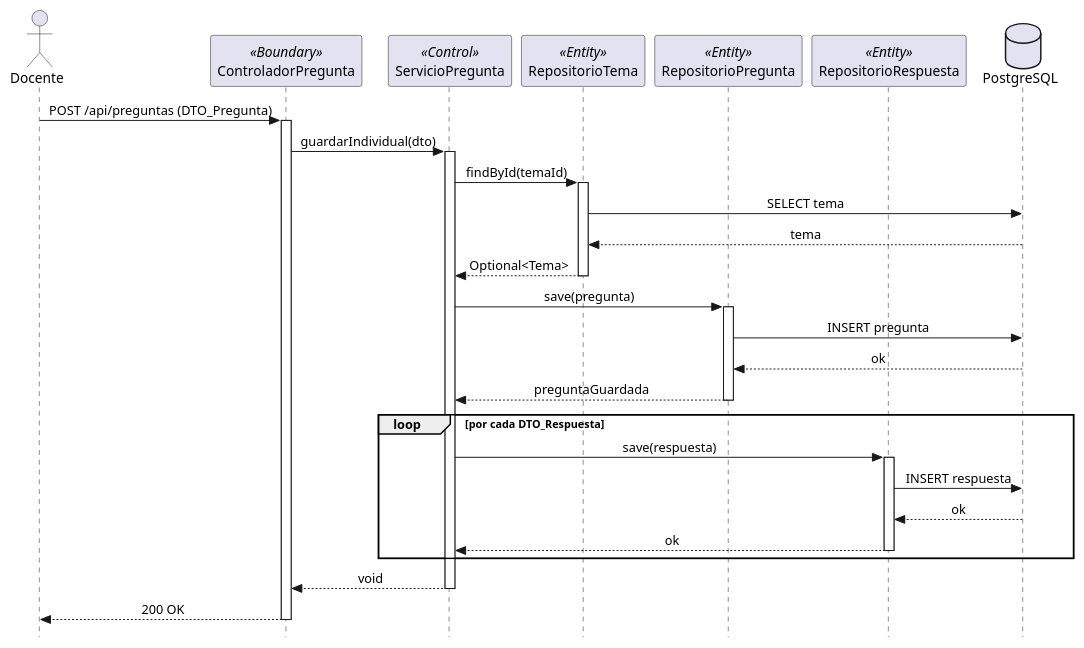
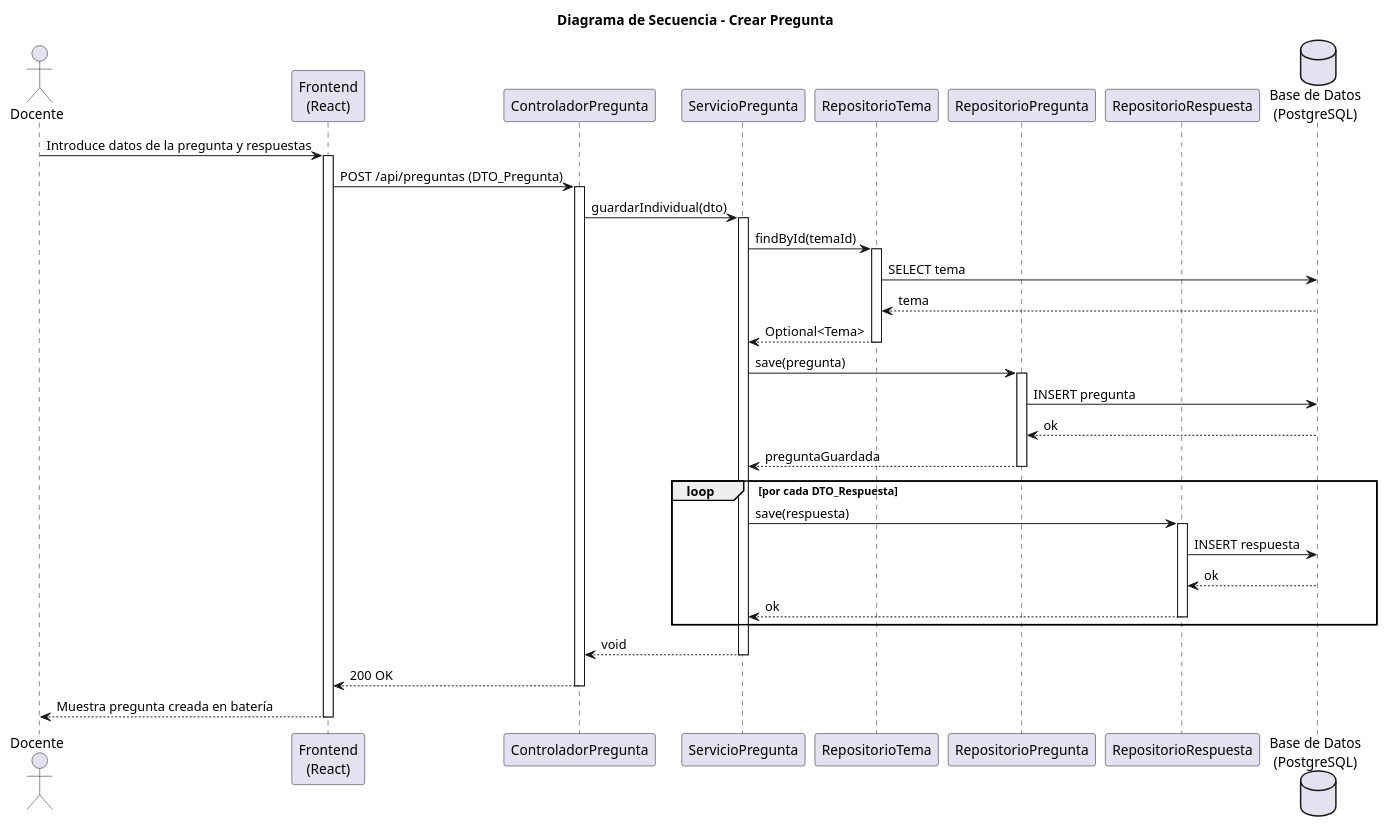
The diagram in RUP/02-diseno/casos-uso/CU-10-crearPregunta/diseno-secuencia-CU-10-crearPregunta.puml (liamanderson873/25-26-idsw2-sdVC), drawn with PlantUML before and after one commit. The commit also changed 133 other files, not shown here.

First line of the commit message:
RUP: completar diagramas de análisis y diseño para los 41 casos de uso

```diff
--- a/RUP/02-diseno/casos-uso/CU-10-crearPregunta/diseno-secuencia-CU-10-crearPregunta.puml
+++ b/RUP/02-diseno/casos-uso/CU-10-crearPregunta/diseno-secuencia-CU-10-crearPregunta.puml
@@ -1,48 +1,54 @@
 @startuml secuencia-cu10-crear-pregunta
-skinparam style strictuml
-skinparam sequenceMessageAlign center
+title Diagrama de Secuencia - Crear Pregunta
 
-actor Docente
-participant "ControladorPregunta" as Boundary <<Boundary>>
-participant "ServicioPregunta" as Control <<Control>>
-participant "RepositorioTema" as RepoTema <<Entity>>
-participant "RepositorioPregunta" as RepoPregunta <<Entity>>
-participant "RepositorioRespuesta" as RepoRespuesta <<Entity>>
-database "PostgreSQL" as DB
+actor "Docente" as Actor
+participant "Frontend\n(React)" as FE
+participant "ControladorPregunta" as Controller
+participant "ServicioPregunta" as Service
+participant "RepositorioTema" as RepoTema
+participant "RepositorioPregunta" as RepoPreg
+participant "RepositorioRespuesta" as RepoResp
+database "Base de Datos\n(PostgreSQL)" as DB
 
-Docente -> Boundary : POST /api/preguntas (DTO_Pregunta)
-activate Boundary
+Actor -> FE : Introduce datos de la pregunta y respuestas
+activate FE
 
-Boundary -> Control : guardarIndividual(dto)
-activate Control
+FE -> Controller : POST /api/preguntas (DTO_Pregunta)
+activate Controller
 
-Control -> RepoTema : findById(temaId)
+Controller -> Service : guardarIndividual(dto)
+activate Service
+
+Service -> RepoTema : findById(temaId)
 activate RepoTema
 RepoTema -> DB : SELECT tema
 DB --> RepoTema : tema
-RepoTema --> Control : Optional<Tema>
+RepoTema --> Service : Optional<Tema>
 deactivate RepoTema
 
-Control -> RepoPregunta : save(pregunta)
-activate RepoPregunta
-RepoPregunta -> DB : INSERT pregunta
-DB --> RepoPregunta : ok
-RepoPregunta --> Control : preguntaGuardada
-deactivate RepoPregunta
+Service -> RepoPreg : save(pregunta)
+activate RepoPreg
+RepoPreg -> DB : INSERT pregunta
+DB --> RepoPreg : ok
+RepoPreg --> Service : preguntaGuardada
+deactivate RepoPreg
 
 loop por cada DTO_Respuesta
-    Control -> RepoRespuesta : save(respuesta)
-    activate RepoRespuesta
-    RepoRespuesta -> DB : INSERT respuesta
-    DB --> RepoRespuesta : ok
-    RepoRespuesta --> Control : ok
-    deactivate RepoRespuesta
+    Service -> RepoResp : save(respuesta)
+    activate RepoResp
+    RepoResp -> DB : INSERT respuesta
+    DB --> RepoResp : ok
+    RepoResp --> Service : ok
+    deactivate RepoResp
 end
 
-Control --> Boundary : void
-deactivate Control
+Service --> Controller : void
+deactivate Service
 
-Boundary --> Docente : 200 OK
-deactivate Boundary
+Controller --> FE : 200 OK
+deactivate Controller
+
+FE --> Actor : Muestra pregunta creada en batería
+deactivate FE
 
 @enduml
```
